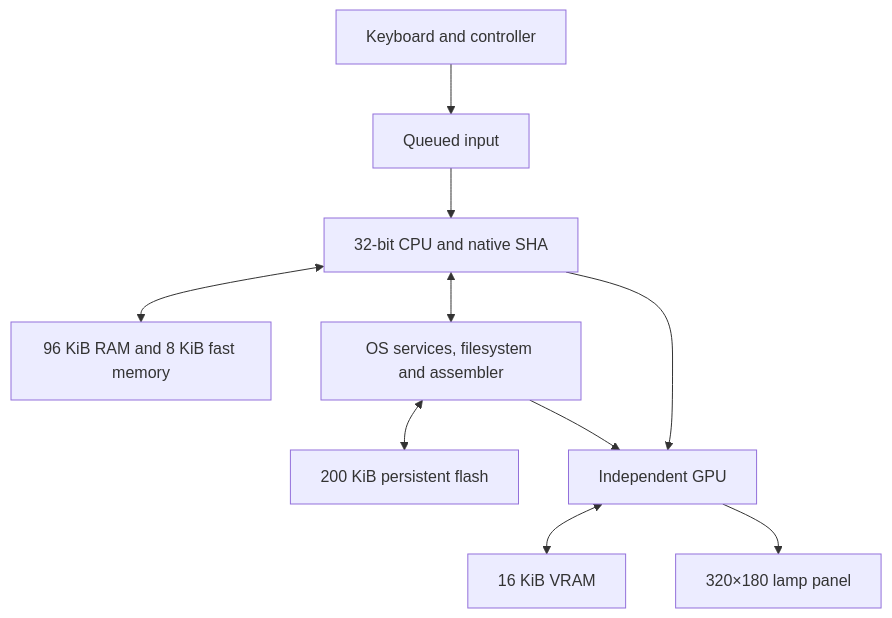
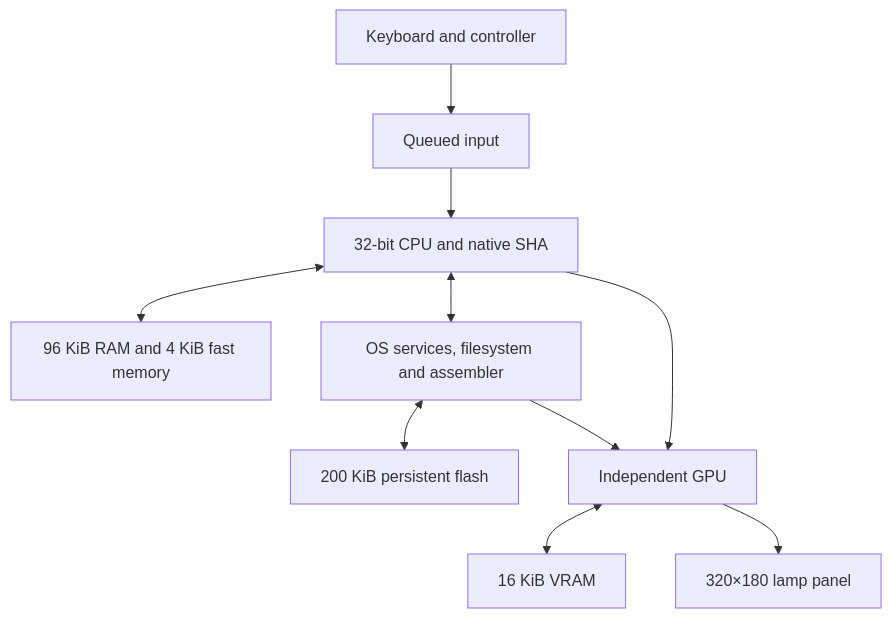
Before and after one commit to Eabusham2/ShamaOS-Redstone-PC: the diagram in docs/ARCHITECTURE.md, drawn with Mermaid. The commit also changed other lines of this file and 29 other files, not shown here.

````diff
--- a/docs/ARCHITECTURE.md
+++ b/docs/ARCHITECTURE.md
@@ -5,12 +5,12 @@
 ```mermaid
 flowchart TD
     I["Keyboard and controller"] --> E["Queued input"]
     E --> C["32-bit CPU and native SHA"]
-    C <--> R["96 KiB RAM and 8 KiB fast memory"]
+    C <--> R["96 KiB RAM and 4 KiB fast memory"]
     C <--> O["OS services, filesystem and assembler"]
     O <--> F["200 KiB persistent flash"]
     C --> G["Independent GPU"]
     O --> G
     G <--> V["16 KiB VRAM"]
     G --> D["320×180 lamp panel"]
 ```
````
